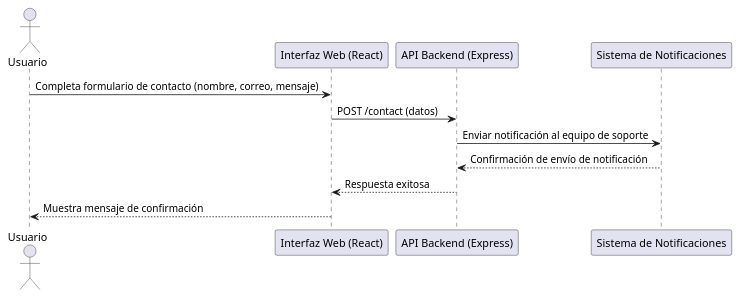
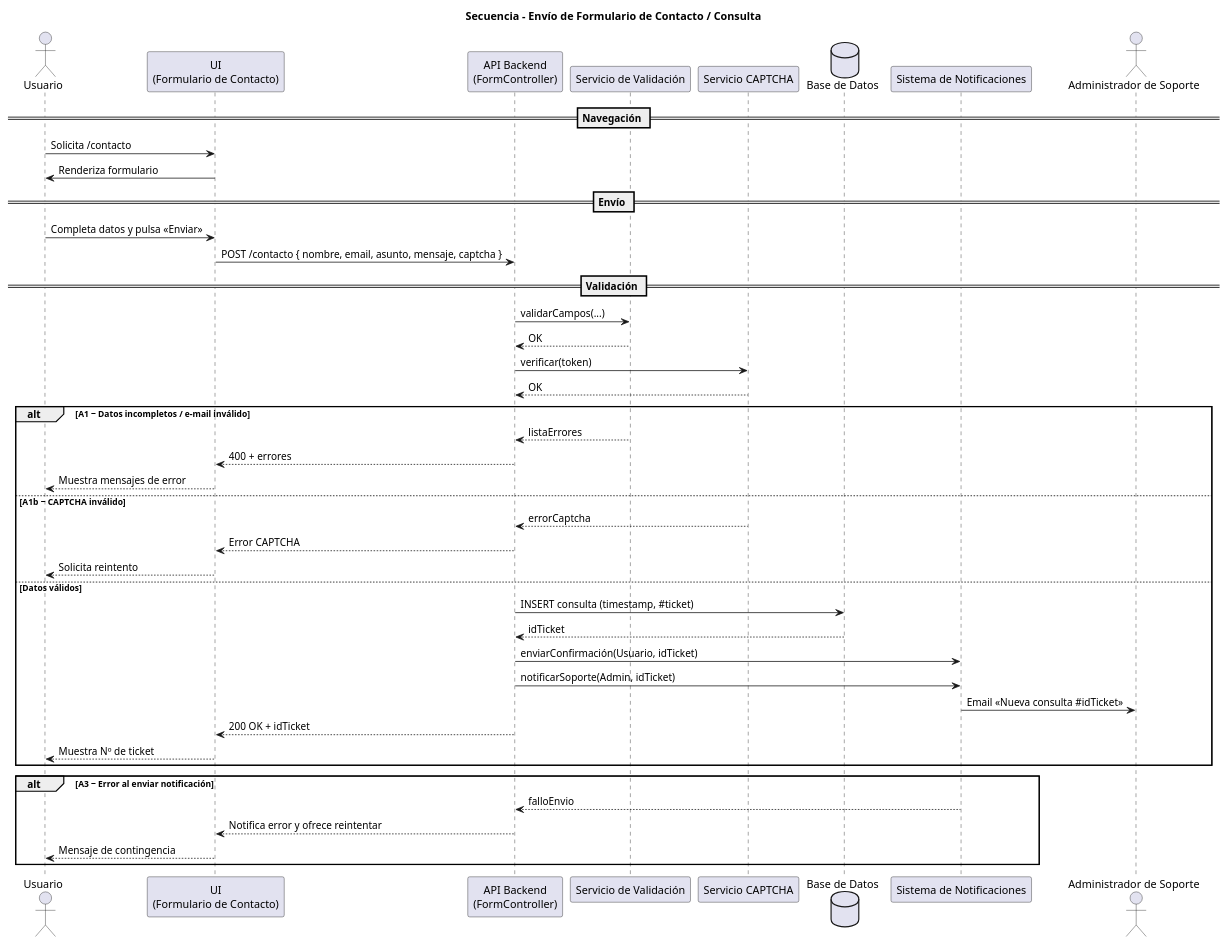
The diagram in Diagramas/PUML/diaSecuenciaEnvioConsulta.puml (wilmereleon/PlenaStudio), drawn with PlantUML before and after one commit. The commit also changed 29 other files, not shown here.

Commit message:
Diagramas corregidos

```diff
--- a/Diagramas/PUML/diaSecuenciaEnvioConsulta.puml
+++ b/Diagramas/PUML/diaSecuenciaEnvioConsulta.puml
@@ -1,13 +1,50 @@
-@startuml FormularioContacto
-actor "Usuario" as U
-participant "Interfaz Web (React)" as FE
-participant "API Backend (Express)" as BE
-participant "Sistema de Notificaciones" as Notif
+@startuml
+title Secuencia – Envío de Formulario de Contacto / Consulta
 
-U -> FE: Completa formulario de contacto (nombre, correo, mensaje)
-FE -> BE: POST /contact (datos)
-BE -> Notif: Enviar notificación al equipo de soporte
-Notif --> BE: Confirmación de envío de notificación
-BE --> FE: Respuesta exitosa
-FE --> U: Muestra mensaje de confirmación
+actor Usuario
+participant "UI\n(Formulario de Contacto)" as UI
+participant "API Backend\n(FormController)" as API
+participant "Servicio de Validación" as VAL
+participant "Servicio CAPTCHA" as CAPTCHA
+database   "Base de Datos" as DB
+participant "Sistema de Notificaciones" as NOTIF
+actor "Administrador de Soporte" as Admin
+
+== Navegación ==
+Usuario -> UI   : Solicita /contacto
+UI     -> Usuario : Renderiza formulario
+
+== Envío ==
+Usuario -> UI   : Completa datos y pulsa «Enviar»
+UI   -> API     : POST /contacto { nombre, email, asunto, mensaje, captcha }
+
+== Validación ==
+API  -> VAL     : validarCampos(...)
+VAL  --> API    : OK
+API  -> CAPTCHA : verificar(token)
+CAPTCHA --> API : OK
+
+alt A1 ‒ Datos incompletos / e-mail inválido
+    VAL --> API    : listaErrores
+    API --> UI     : 400 + errores
+    UI  --> Usuario: Muestra mensajes de error
+else A1b ‒ CAPTCHA inválido
+    CAPTCHA --> API: errorCaptcha
+    API     --> UI : Error CAPTCHA
+    UI      --> Usuario: Solicita reintento
+else Datos válidos
+    API -> DB      : INSERT consulta (timestamp, #ticket)
+    DB  --> API    : idTicket
+    API -> NOTIF   : enviarConfirmación(Usuario, idTicket)
+    API -> NOTIF   : notificarSoporte(Admin, idTicket)
+    NOTIF -> Admin : Email «Nueva consulta #idTicket»
+    API --> UI     : 200 OK + idTicket
+    UI  --> Usuario: Muestra Nº de ticket
+end
+
+alt A3 ‒ Error al enviar notificación
+    NOTIF --> API  : falloEnvio
+    API   --> UI   : Notifica error y ofrece reintentar
+    UI    --> Usuario: Mensaje de contingencia
+end
 @enduml
```
